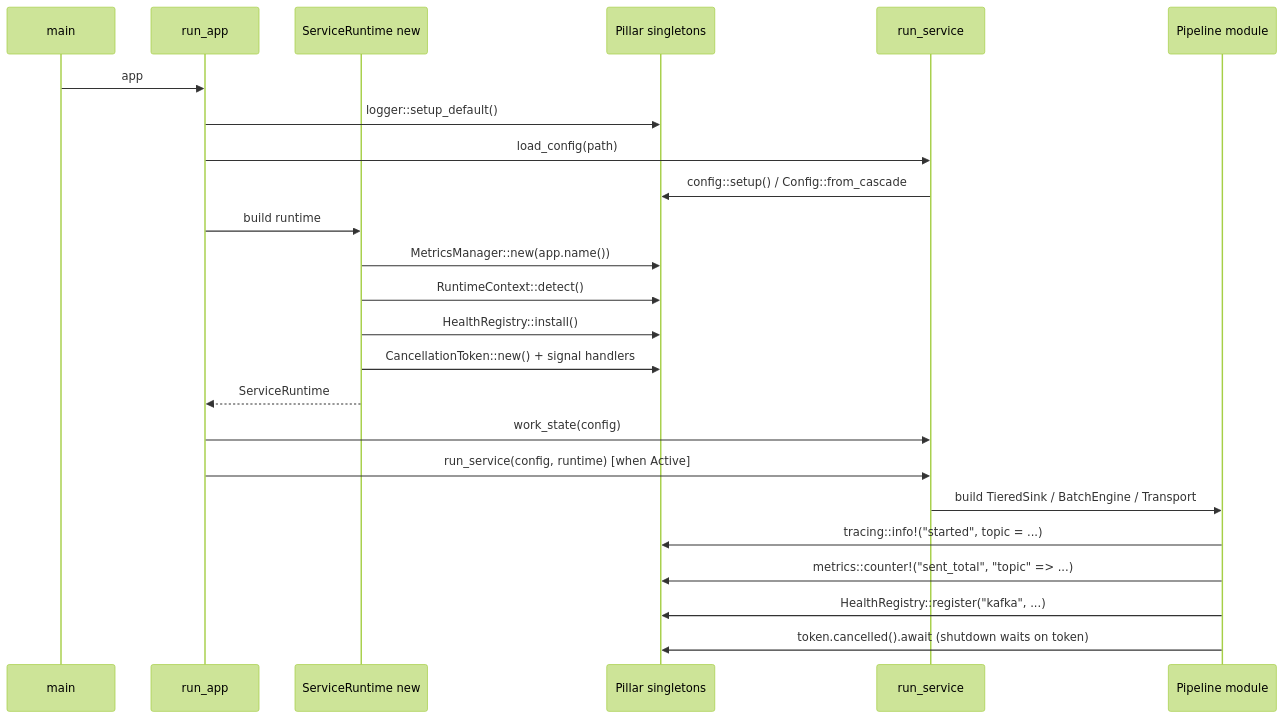
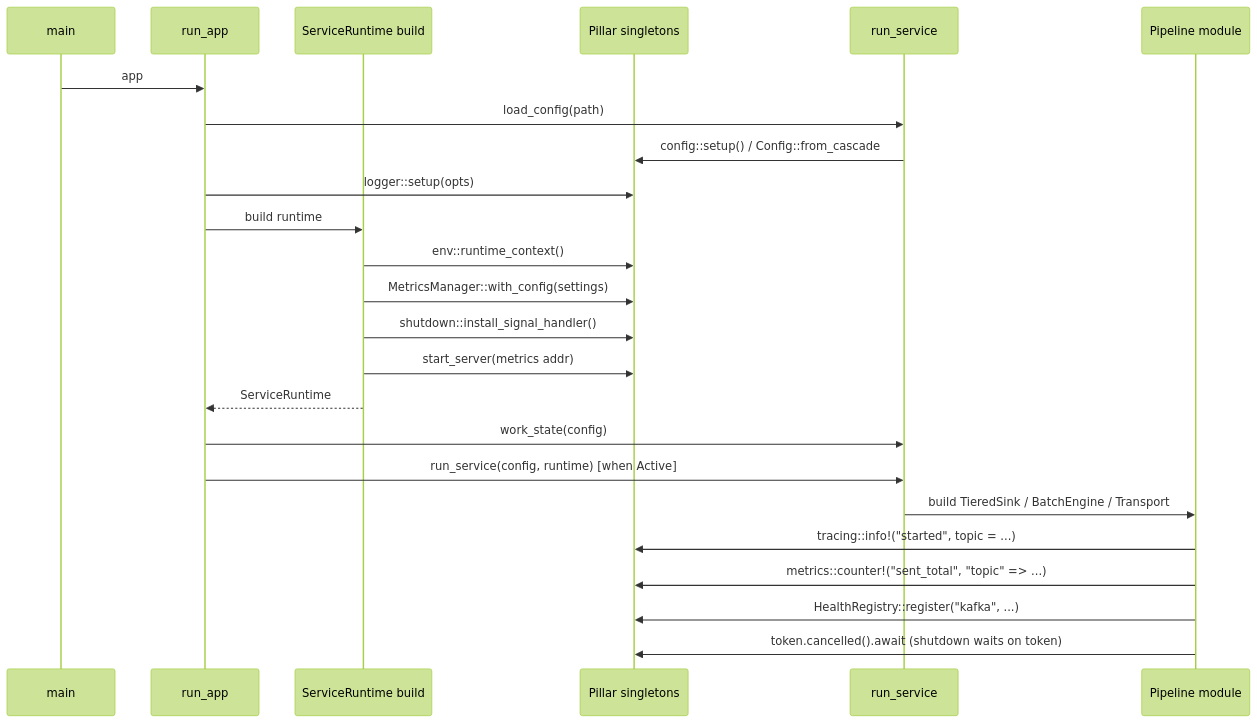
Before and after one commit to hyperi-io/scalo-rs: the diagram in docs/auto-wiring.md, drawn with Mermaid (forest theme). The commit also changed other lines of this file and 16 other files, not shown here.

````diff
--- a/docs/auto-wiring.md
+++ b/docs/auto-wiring.md
@@ -30,27 +30,27 @@
 ```mermaid
 sequenceDiagram
     participant Main as main
     participant Run as run_app
-    participant SR as ServiceRuntime new
+    participant SR as ServiceRuntime build
     participant Pillars as Pillar singletons
     participant App as run_service
     participant Module as Pipeline module
 
     Main->>Run: app
-    Run->>Pillars: logger::setup_default()
     Run->>App: load_config(path)
     App->>Pillars: config::setup() / Config::from_cascade
+    Run->>Pillars: logger::setup(opts)
     Run->>SR: build runtime
-    SR->>Pillars: MetricsManager::new(app.name())
-    SR->>Pillars: RuntimeContext::detect()
-    SR->>Pillars: HealthRegistry::install()
-    SR->>Pillars: CancellationToken::new() + signal handlers
+    SR->>Pillars: env::runtime_context()
+    SR->>Pillars: MetricsManager::with_config(settings)
+    SR->>Pillars: shutdown::install_signal_handler()
+    SR->>Pillars: start_server(metrics addr)
     SR-->>Run: ServiceRuntime
     Run->>App: work_state(config)
     Run->>App: run_service(config, runtime) [when Active]
     App->>Module: build TieredSink / BatchEngine / Transport
     Module->>Pillars: tracing::info!("started", topic = ...)
     Module->>Pillars: metrics::counter!("sent_total", "topic" => ...)
     Module->>Pillars: HealthRegistry::register("kafka", ...)
     Module->>Pillars: token.cancelled().await (shutdown waits on token)
 ```
````
